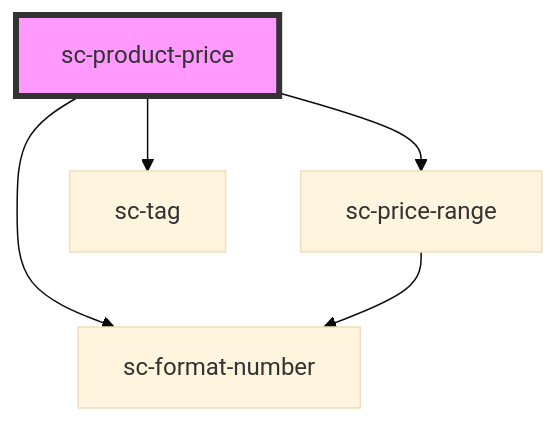
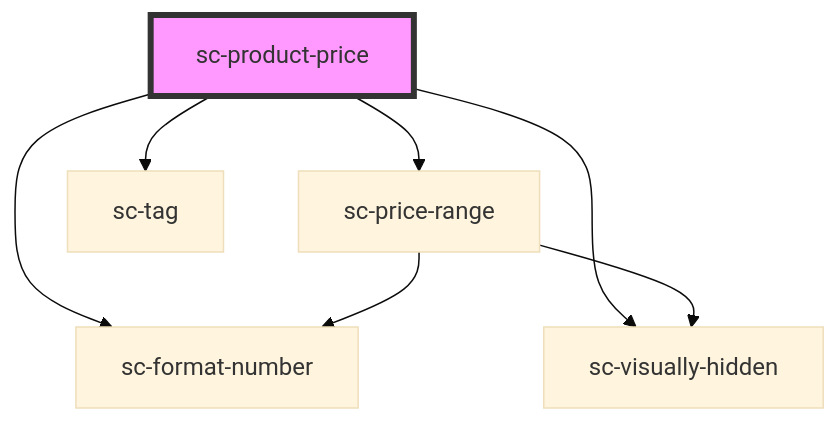
The diagram in packages/components/src/components/controllers/product/sc-product-price/readme.md (surecart/surecart-wp-plugin), drawn with Mermaid (base theme) before and after one commit. The commit also changed other lines of this file and 98 other files, not shown here.

````diff
--- a/packages/components/src/components/controllers/product/sc-product-price/readme.md
+++ b/packages/components/src/components/controllers/product/sc-product-price/readme.md
@@ -32,8 +33,10 @@
 ```mermaid
 graph TD;
   sc-product-price --> sc-price-range
+  sc-product-price --> sc-visually-hidden
   sc-product-price --> sc-format-number
   sc-product-price --> sc-tag
   sc-price-range --> sc-format-number
+  sc-price-range --> sc-visually-hidden
   style sc-product-price fill:#f9f,stroke:#333,stroke-width:4px
 ```
````
